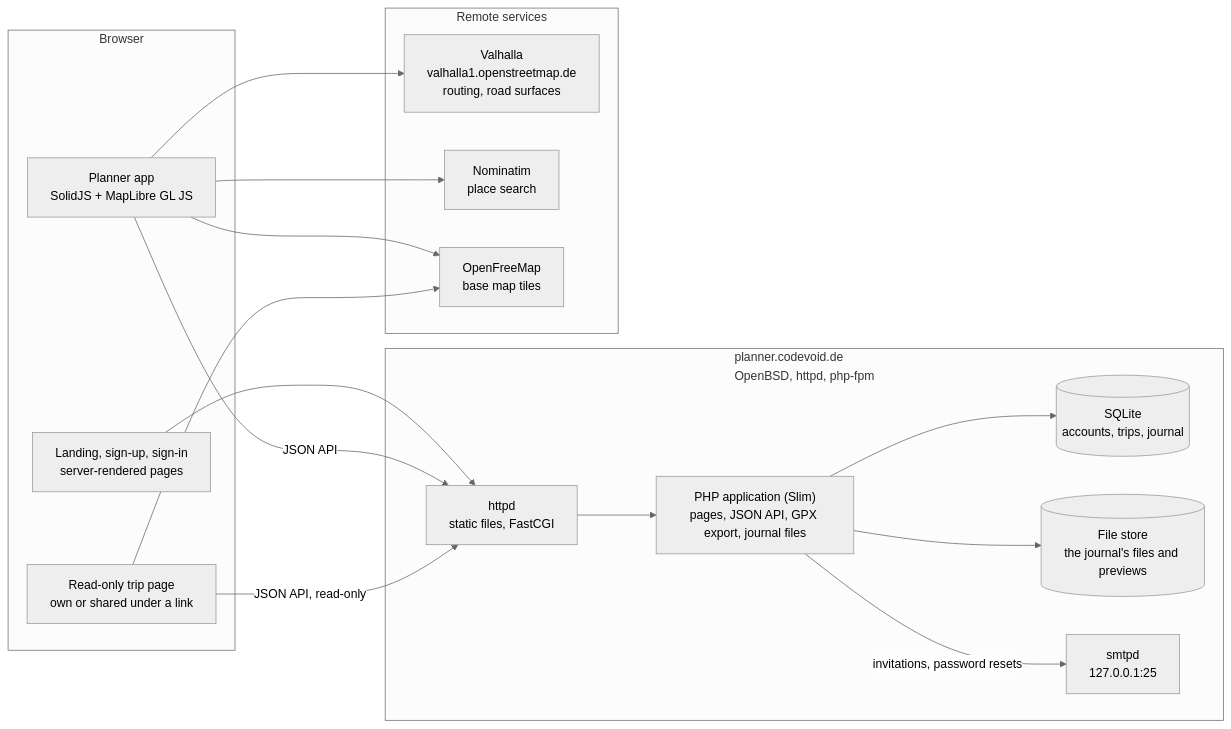
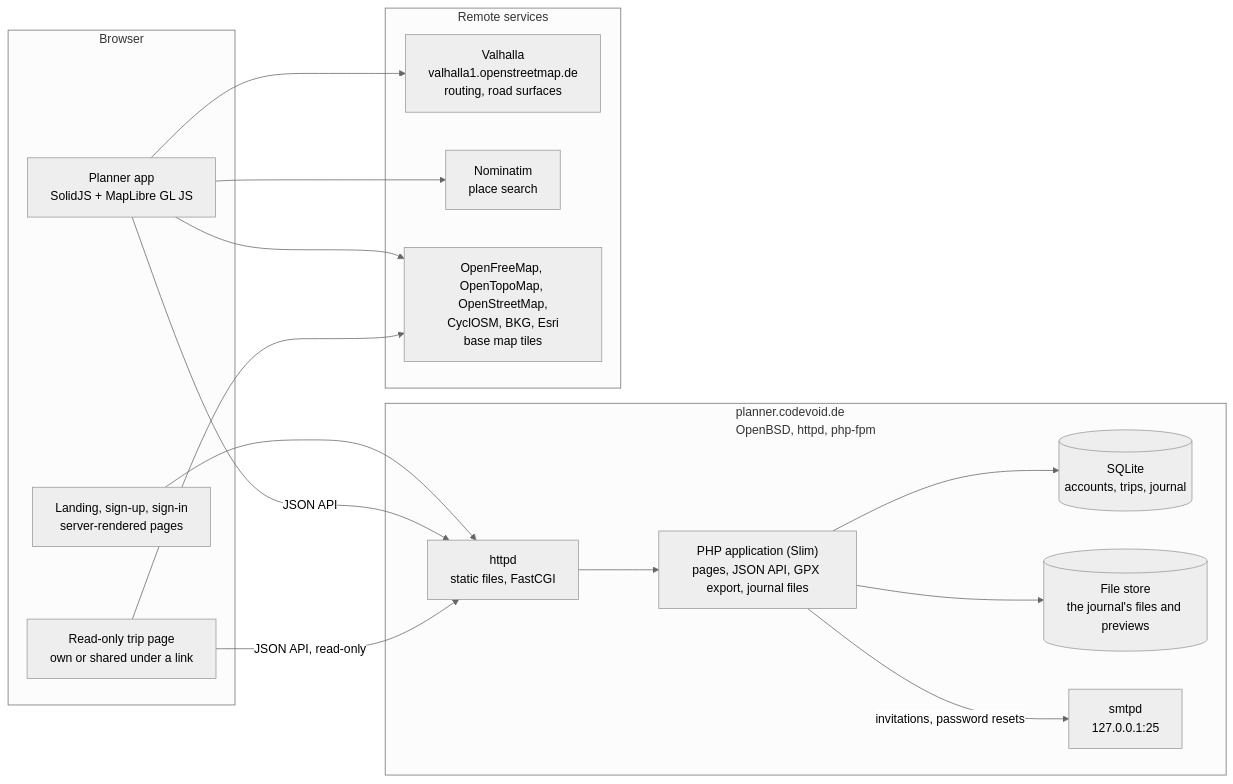
The first of 3 diagrams in .github/architecture.md (c0dev0id/TripPlanner), drawn with Mermaid (neutral theme) before and after one commit. The commit also changed 6 other files, not shown here.

Commit message:
Add TopPlusOpen and Esri satellite imagery to the base maps

````diff
--- a/.github/architecture.md
+++ b/.github/architecture.md
@@ -8,31 +8,31 @@
 ```mermaid
 flowchart LR
   subgraph browser["Browser"]
     pages["Landing, sign-up, sign-in<br/>server-rendered pages"]
     app["Planner app<br/>SolidJS + MapLibre GL JS"]
     view["Read-only trip page<br/>own or shared under a link"]
   end
   subgraph server["planner.codevoid.de<br/>OpenBSD, httpd, php-fpm"]
     httpd["httpd<br/>static files, FastCGI"]
     php["PHP application (Slim)<br/>pages, JSON API, GPX export, journal files"]
     db[("SQLite<br/>accounts, trips, journal")]
     files[("File store<br/>the journal's files and previews")]
     smtpd["smtpd<br/>127.0.0.1:25"]
   end
   subgraph remote["Remote services"]
     valhalla["Valhalla<br/>valhalla1.openstreetmap.de<br/>routing, road surfaces"]
     nominatim["Nominatim<br/>place search"]
-    tiles["OpenFreeMap<br/>base map tiles"]
+    tiles["OpenFreeMap, OpenTopoMap, OpenStreetMap,<br/>CyclOSM, BKG, Esri<br/>base map tiles"]
   end
   pages --> httpd
   app -->|JSON API| httpd
   view -->|JSON API, read-only| httpd
   httpd --> php
   php --> db
   php --> files
   php -->|invitations, password resets| smtpd
   app --> valhalla
   app --> nominatim
   app --> tiles
   view --> tiles
 ```
````
